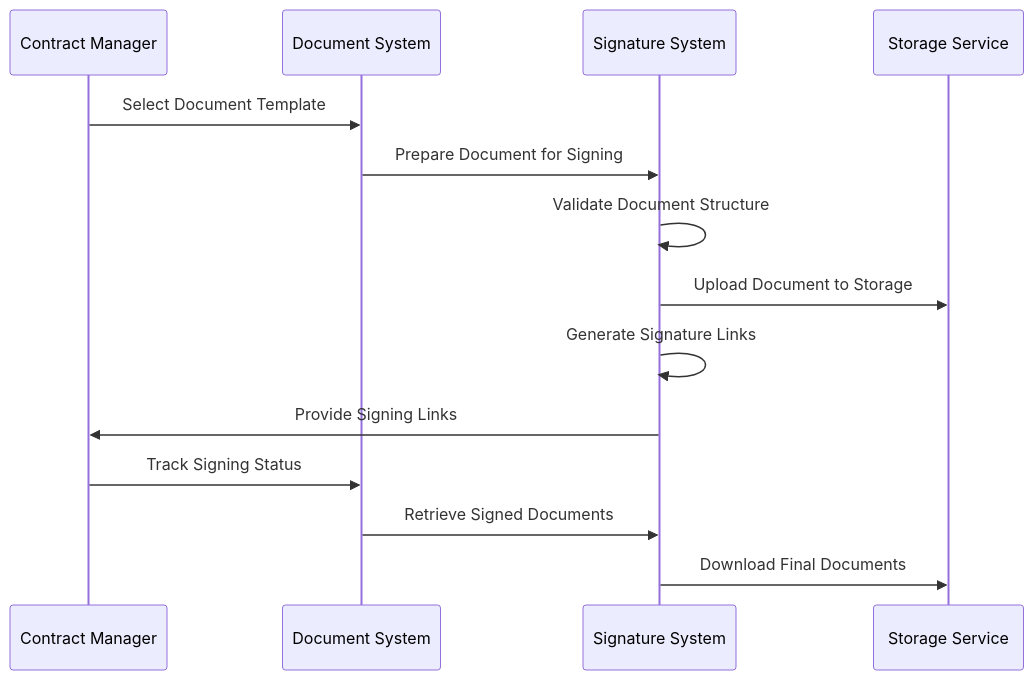
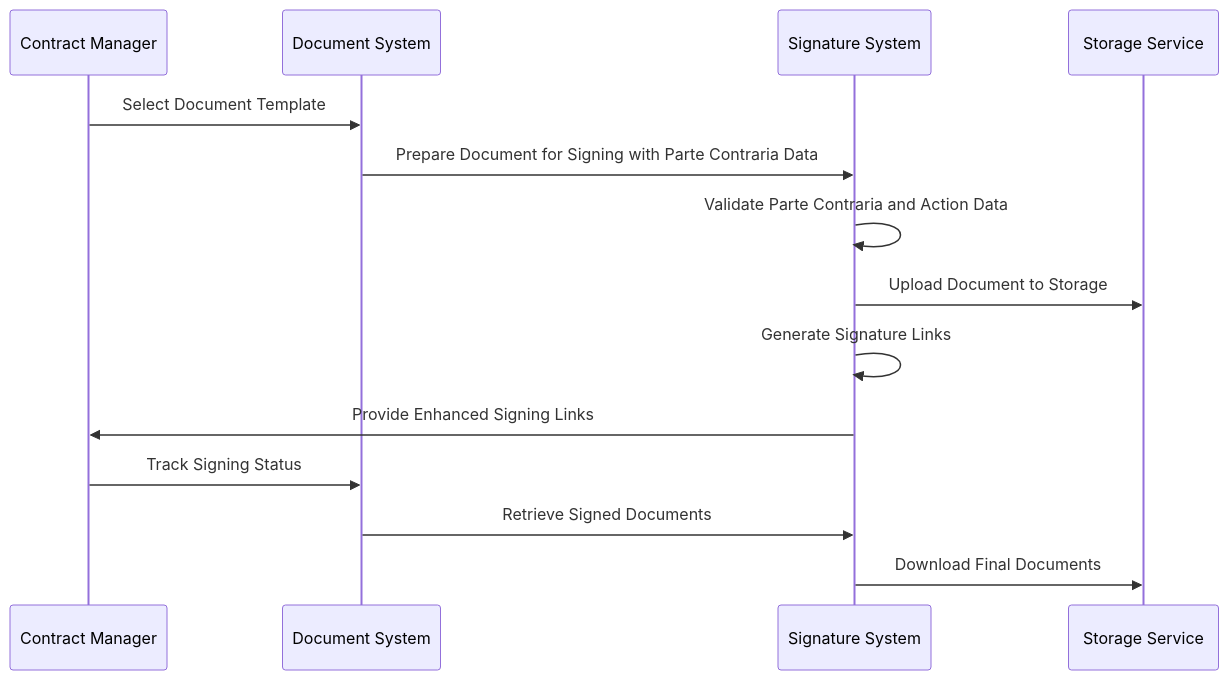
Diagram 17 of 17 in .qoder/repowiki/en/content/Document Management and AI Editor/Digital Signature Workflows.md (SinesysTech/zattar-os), drawn with Mermaid before and after one commit. The commit also changed other lines of this file and 103 other files, not shown here.

````diff
--- a/.qoder/repowiki/en/content/Document Management and AI Editor/Digital Signature Workflows.md
+++ b/.qoder/repowiki/en/content/Document Management and AI Editor/Digital Signature Workflows.md
@@ -698,16 +802,16 @@
 ```mermaid
 sequenceDiagram
 participant CM as Contract Manager
 participant DS as Document System
 participant SS as Signature System
 participant Storage as Storage Service
 CM->>DS : Select Document Template
-DS->>SS : Prepare Document for Signing
-SS->>SS : Validate Document Structure
+DS->>SS : Prepare Document for Signing with Parte Contraria Data
+SS->>SS : Validate Parte Contraria and Action Data
 SS->>Storage : Upload Document to Storage
 SS->>SS : Generate Signature Links
-SS->>CM : Provide Signing Links
+SS->>CM : Provide Enhanced Signing Links
 CM->>DS : Track Signing Status
 DS->>SS : Retrieve Signed Documents
 SS->>Storage : Download Final Documents
 ```
````
